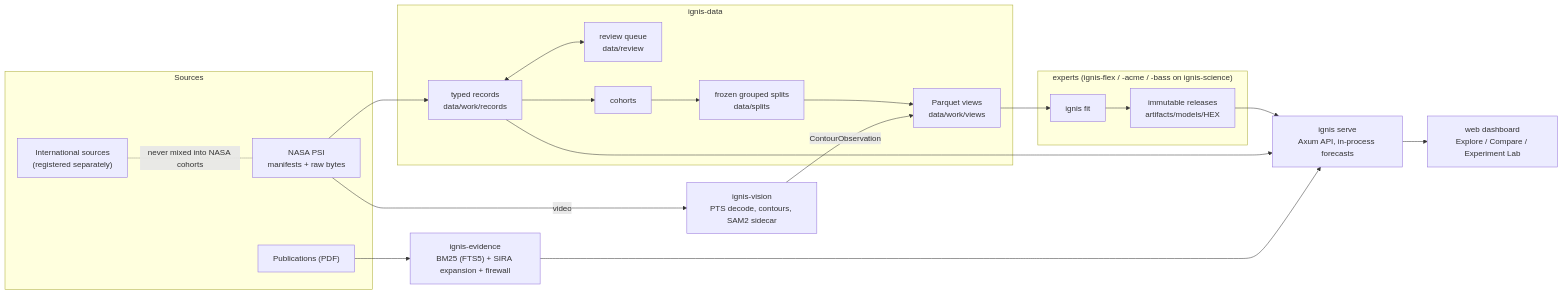
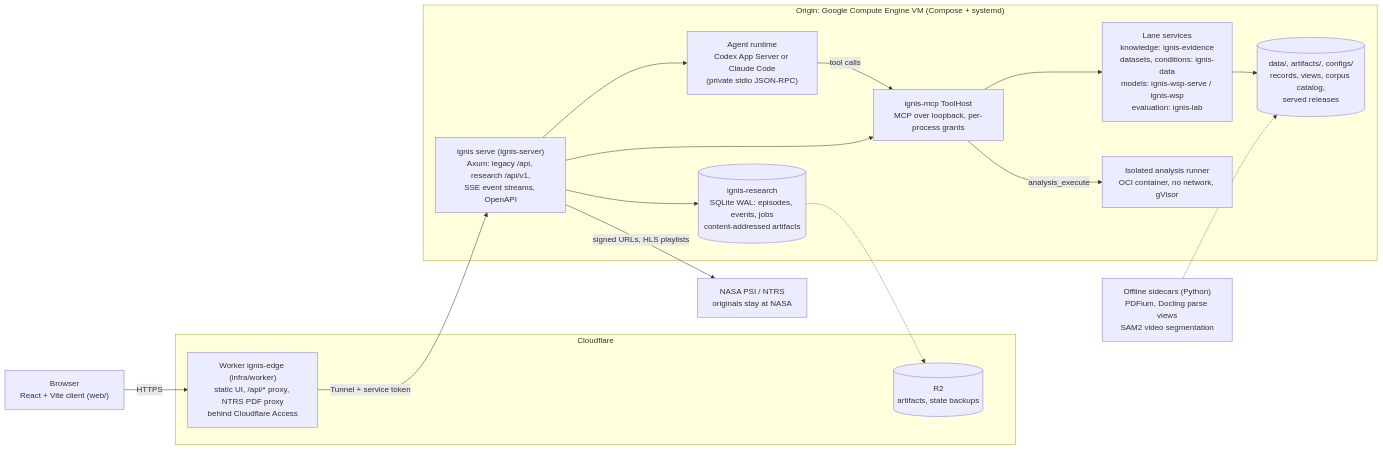
The second of 2 diagrams in README.md (MirceaGodiac/ignis), drawn with Mermaid before and after one commit. The commit also changed other lines of this file and 653 other files, not shown here.

````diff
--- a/README.md
+++ b/README.md
@@ -38,34 +222,28 @@
 ```mermaid
 flowchart LR
-    subgraph Sources
-        PSI["NASA PSI<br/>manifests + raw bytes"]
-        INTL["International sources<br/>(registered separately)"]
-        PDF["Publications (PDF)"]
+    B["Browser<br/>React + Vite client (web/)"] -->|HTTPS| W
+    subgraph CF["Cloudflare"]
+        W["Worker ignis-edge (infra/worker)<br/>static UI, /api/* proxy, NTRS PDF proxy<br/>behind Cloudflare Access"]
+        R2[("R2<br/>artifacts, state backups")]
     end
-    subgraph Curation["ignis-data"]
-        REC["typed records<br/>data/work/records"]
-        REV["review queue<br/>data/review"]
-        COH["cohorts"]
-        SPL["frozen grouped splits<br/>data/splits"]
-        VIEW["Parquet views<br/>data/work/views"]
+    W -->|"Tunnel + service token"| S
+    subgraph VM["Origin: Google Compute Engine VM (Compose + systemd)"]
+        S["ignis serve (ignis-server)<br/>Axum: legacy /api, research /api/v1,<br/>SSE event streams, OpenAPI"]
+        ST[("ignis-research<br/>SQLite WAL: episodes, events, jobs<br/>content-addressed artifacts")]
+        RT["Agent runtime<br/>Codex App Server or Claude Code<br/>(private stdio JSON-RPC)"]
+        MCP["ignis-mcp ToolHost<br/>MCP over loopback, per-process grants"]
+        SVC["Lane services<br/>knowledge: ignis-evidence<br/>datasets, conditions: ignis-data<br/>models: ignis-wsp-serve / ignis-wsp<br/>evaluation: ignis-lab"]
+        RUN["Isolated analysis runner<br/>OCI container, no network, gVisor"]
+        D[("data/, artifacts/, configs/<br/>records, views, corpus catalog,<br/>served releases")]
     end
-    subgraph Experts["experts (ignis-flex / -acme / -bass on ignis-science)"]
-        FIT["ignis fit"]
-        REL["immutable releases<br/>artifacts/models/HEX"]
-    end
-    VIS["ignis-vision<br/>PTS decode, contours, SAM2 sidecar"]
-    EVI["ignis-evidence<br/>BM25 (FTS5) + SIRA expansion + firewall"]
-    SRV["ignis serve<br/>Axum API, in-process forecasts"]
-    WEB["web dashboard<br/>Explore / Compare / Experiment Lab"]
-
-    PSI --> REC
-    REC <--> REV
-    REC --> COH --> SPL --> VIEW
-    PSI -->|video| VIS -->|ContourObservation| VIEW
-    VIEW --> FIT --> REL
-    REL --> SRV
-    REC --> SRV
-    PDF --> EVI --> SRV
-    SRV --> WEB
-    INTL -.-|never mixed into NASA cohorts| PSI
+    S --> ST
+    S --> RT
+    RT -->|"tool calls"| MCP
+    S --> MCP
+    MCP --> SVC
+    MCP -->|analysis_execute| RUN
+    SVC --> D
+    ST -.-> R2
+    S -->|"signed URLs, HLS playlists"| NASA["NASA PSI / NTRS<br/>originals stay at NASA"]
+    SC["Offline sidecars (Python)<br/>PDFium, Docling parse views<br/>SAM2 video segmentation"] -.-> D
 ```
````
